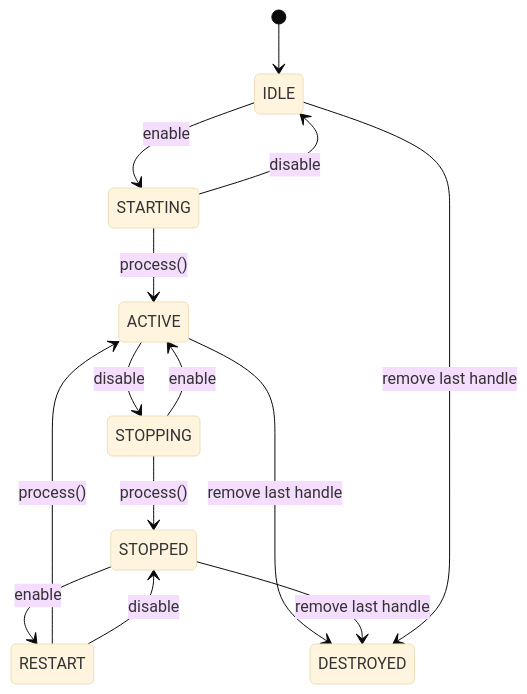
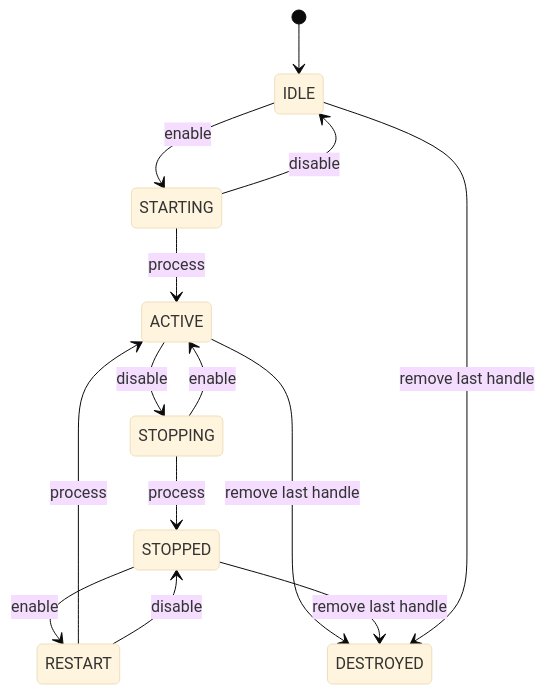
Diagram 15 of 26 in 15-audio-system.md (fwrite0920/aosp-internal-book), drawn with Mermaid (base theme) before and after one commit. The commit also changed other lines of this file and 8 other files, not shown here.

First line of the commit message:
Fix Mermaid diagrams and formatting in Parts III-IV (chapters 8-16)

````diff
--- a/15-audio-system.md
+++ b/15-audio-system.md
@@ -2731,16 +2731,16 @@
 ```mermaid
 stateDiagram-v2
     [*] --> IDLE
     IDLE --> STARTING : enable
-    STARTING --> ACTIVE : process()
+    STARTING --> ACTIVE : process
     ACTIVE --> STOPPING : disable
-    STOPPING --> STOPPED : process()
+    STOPPING --> STOPPED : process
     STOPPED --> RESTART : enable
-    RESTART --> ACTIVE : process()
+    RESTART --> ACTIVE : process
     STARTING --> IDLE : disable
     STOPPING --> ACTIVE : enable
     RESTART --> STOPPED : disable
     ACTIVE --> DESTROYED : remove last handle
     STOPPED --> DESTROYED : remove last handle
     IDLE --> DESTROYED : remove last handle
 ```
````
